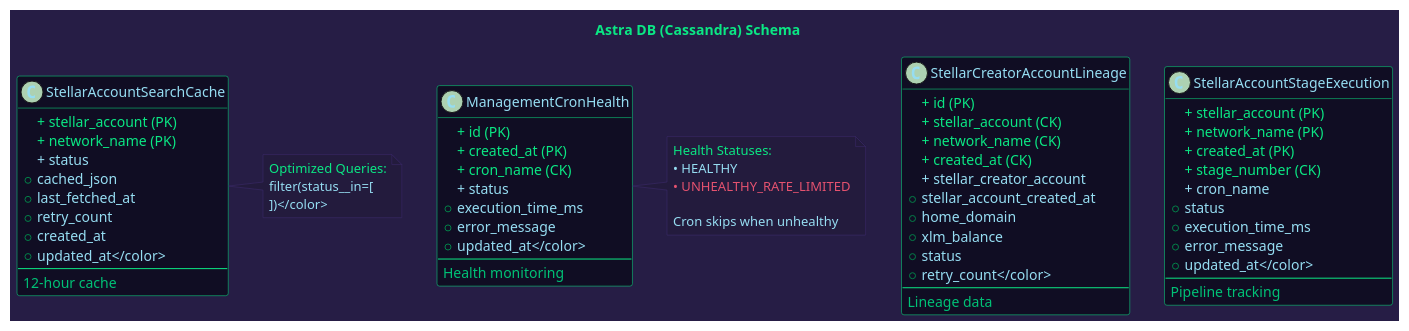
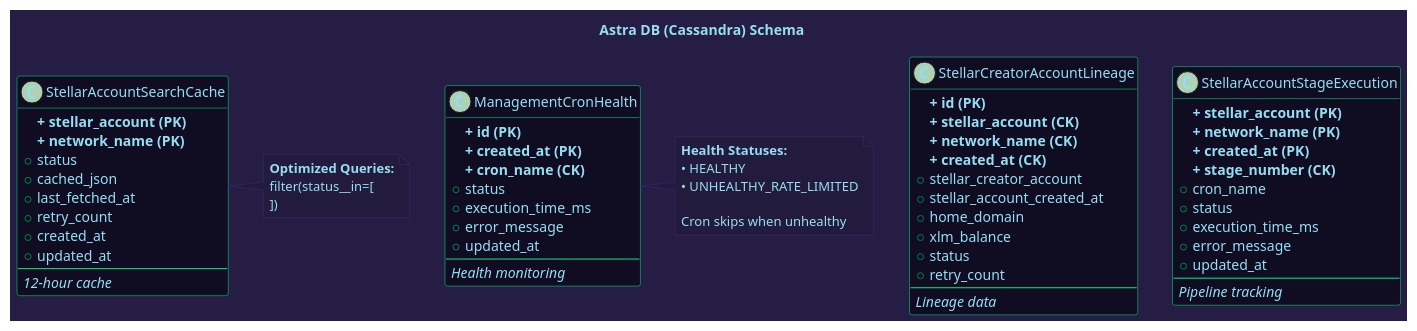
Before and after one commit to areveur51/StellarMapWeb: the diagram in diagrams/03_database_schema.puml, drawn with PlantUML. The commit also changed 9 other files, not shown here.

First line of the commit message:
Fix color rendering issues in database schema diagram

```diff
--- a/diagrams/03_database_schema.puml
+++ b/diagrams/03_database_schema.puml
@@ -1,92 +1,92 @@
 @startuml Database Schema
 
 skinparam backgroundColor #261D45
 skinparam defaultFontColor #96DDF2
 
 skinparam class {
   BackgroundColor #100D23
   BorderColor #0BE784
   FontColor #96DDF2
   ArrowColor #01C176
 }
 
 skinparam note {
   BackgroundColor #231B3D
   BorderColor #3f2c70
   FontColor #96DDF2
 }
 
-title <color:#0BE784>Astra DB (Cassandra) Schema</color>
+title Astra DB (Cassandra) Schema
 
 class StellarAccountSearchCache {
-  <color:#0BE784>+ stellar_account (PK)</color>
-  <color:#0BE784>+ network_name (PK)</color>
-  <color:#96DDF2>+ status
+  **+ stellar_account (PK)**
+  **+ network_name (PK)**
+  + status
   + cached_json
   + last_fetched_at
   + retry_count
   + created_at
-  + updated_at</color>
+  + updated_at
   --
-  <color:#01C176>12-hour cache</color>
+  //12-hour cache//
 }
 
 class StellarCreatorAccountLineage {
-  <color:#0BE784>+ id (PK)</color>
-  <color:#0BE784>+ stellar_account (CK)</color>
-  <color:#0BE784>+ network_name (CK)</color>
-  <color:#0BE784>+ created_at (CK)</color>
-  <color:#96DDF2>+ stellar_creator_account
+  **+ id (PK)**
+  **+ stellar_account (CK)**
+  **+ network_name (CK)**
+  **+ created_at (CK)**
+  + stellar_creator_account
   + stellar_account_created_at
   + home_domain
   + xlm_balance
   + status
-  + retry_count</color>
+  + retry_count
   --
-  <color:#01C176>Lineage data</color>
+  //Lineage data//
 }
 
 class StellarAccountStageExecution {
-  <color:#0BE784>+ stellar_account (PK)</color>
-  <color:#0BE784>+ network_name (PK)</color>
-  <color:#0BE784>+ created_at (PK)</color>
-  <color:#0BE784>+ stage_number (CK)</color>
-  <color:#96DDF2>+ cron_name
+  **+ stellar_account (PK)**
+  **+ network_name (PK)**
+  **+ created_at (PK)**
+  **+ stage_number (CK)**
+  + cron_name
   + status
   + execution_time_ms
   + error_message
-  + updated_at</color>
+  + updated_at
   --
-  <color:#01C176>Pipeline tracking</color>
+  //Pipeline tracking//
 }
 
 class ManagementCronHealth {
-  <color:#0BE784>+ id (PK)</color>
-  <color:#0BE784>+ created_at (PK)</color>
-  <color:#0BE784>+ cron_name (CK)</color>
-  <color:#96DDF2>+ status
+  **+ id (PK)**
+  **+ created_at (PK)**
+  **+ cron_name (CK)**
+  + status
   + execution_time_ms
   + error_message
-  + updated_at</color>
+  + updated_at
   --
-  <color:#01C176>Health monitoring</color>
+  //Health monitoring//
 }
 
 note right of StellarAccountSearchCache #231B3D
-  <color:#0BE784>Optimized Queries:</color>
-  <color:#96DDF2>filter(status__in=[
+  **Optimized Queries:**
+  filter(status__in=[
     'PENDING',
     'IN_PROGRESS',
     'RE_INQUIRY'
-  ])</color>
+  ])
 end note
 
 note right of ManagementCronHealth #231B3D
-  <color:#0BE784>Health Statuses:</color>
-  <color:#96DDF2>• HEALTHY</color>
-  <color:#E5526F>• UNHEALTHY_RATE_LIMITED</color>
+  **Health Statuses:**
+  • HEALTHY
+  • UNHEALTHY_RATE_LIMITED
   
-  <color:#96DDF2>Cron skips when unhealthy</color>
+  Cron skips when unhealthy
 end note
 
 @enduml
```
